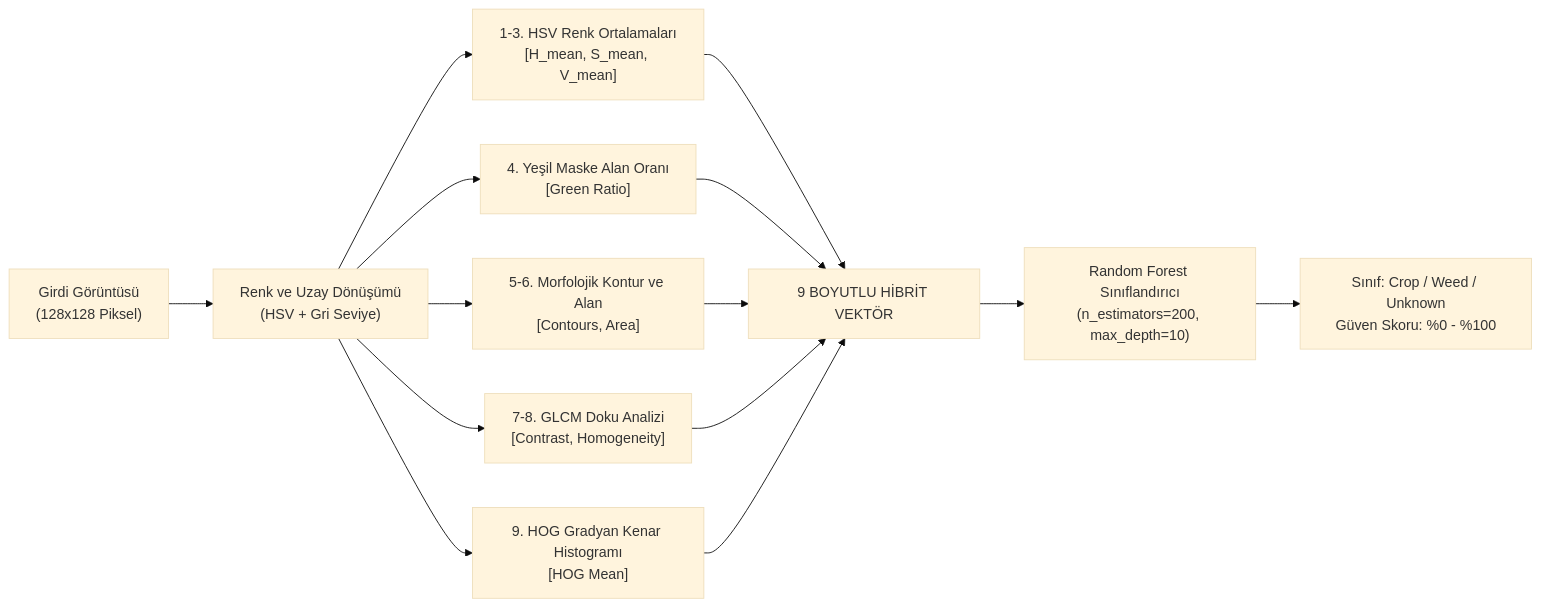
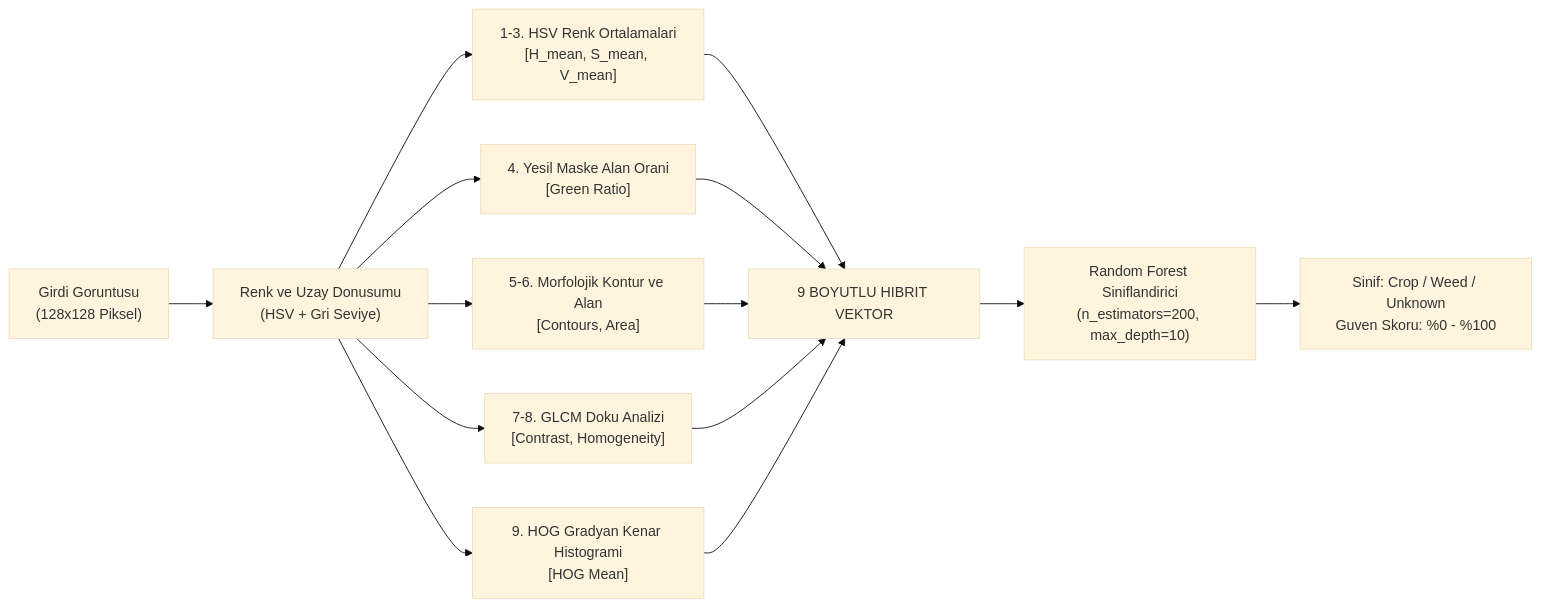
Before and after one commit to AliAlperenCivil/FloraScan-Showcase: the first of 2 diagrams in README.md, drawn with Mermaid (base theme). The commit also changed other lines of this file and 4 other files, not shown here.

````diff
--- a/README.md
+++ b/README.md
@@ -80,14 +83,14 @@
 ```mermaid
 flowchart LR
-    IMG["Girdi Görüntüsü<br/>(128x128 Piksel)"] --> PRE["Renk ve Uzay Dönüşümü<br/>(HSV + Gri Seviye)"]
+    IMG["Girdi Goruntusu<br/>(128x128 Piksel)"] --> PRE["Renk ve Uzay Donusumu<br/>(HSV + Gri Seviye)"]
     
-    PRE --> F1["1-3. HSV Renk Ortalamaları<br/>[H_mean, S_mean, V_mean]"]
-    PRE --> F2["4. Yeşil Maske Alan Oranı<br/>[Green Ratio]"]
+    PRE --> F1["1-3. HSV Renk Ortalamalari<br/>[H_mean, S_mean, V_mean]"]
+    PRE --> F2["4. Yesil Maske Alan Orani<br/>[Green Ratio]"]
     PRE --> F3["5-6. Morfolojik Kontur ve Alan<br/>[Contours, Area]"]
     PRE --> F4["7-8. GLCM Doku Analizi<br/>[Contrast, Homogeneity]"]
-    PRE --> F5["9. HOG Gradyan Kenar Histogramı<br/>[HOG Mean]"]
+    PRE --> F5["9. HOG Gradyan Kenar Histogrami<br/>[HOG Mean]"]
     
-    F1 & F2 & F3 & F4 & F5 --> VEC["9 BOYUTLU HİBRİT VEKTÖR"]
-    VEC --> MODEL["Random Forest Sınıflandırıcı<br/>(n_estimators=200, max_depth=10)"]
-    MODEL --> OUT["Sınıf: Crop / Weed / Unknown<br/>Güven Skoru: %0 - %100"]
+    F1 & F2 & F3 & F4 & F5 --> VEC["9 BOYUTLU HIBRIT VEKTOR"]
+    VEC --> MODEL["Random Forest Siniflandirici<br/>(n_estimators=200, max_depth=10)"]
+    MODEL --> OUT["Sinif: Crop / Weed / Unknown<br/>Guven Skoru: %0 - %100"]
 ```
````
